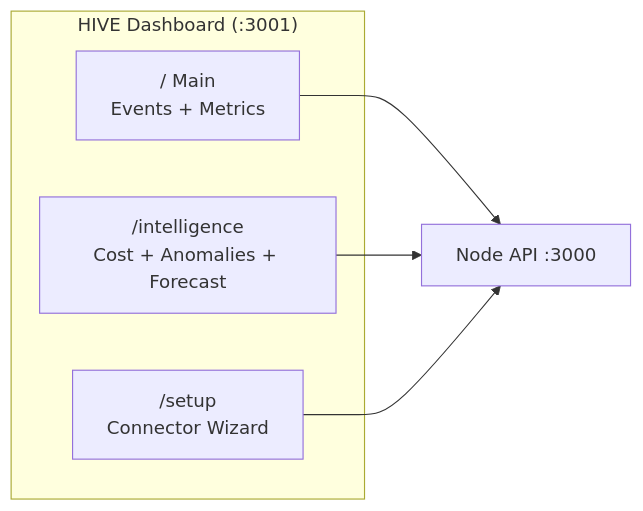
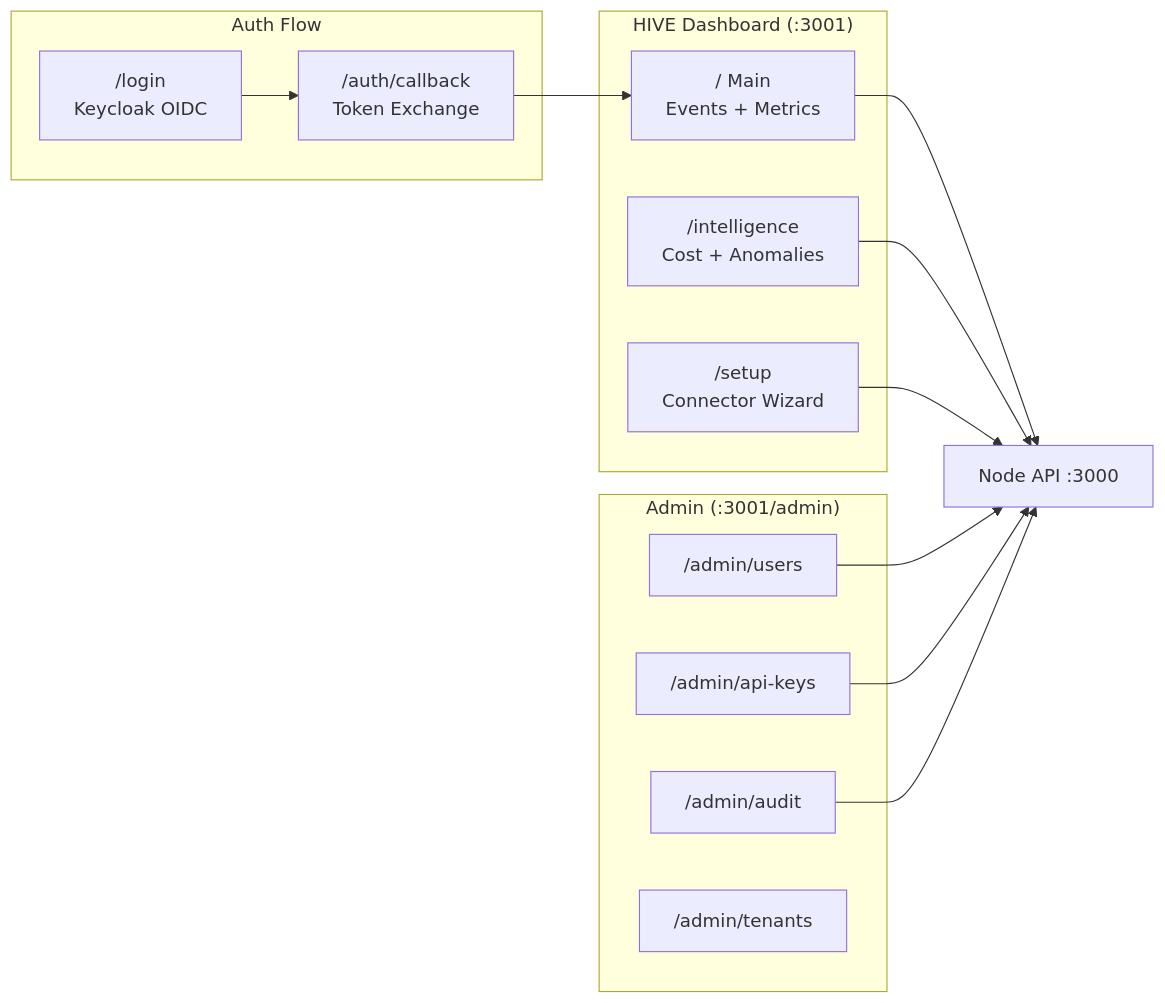
The fifth of 11 diagrams in QUICKSTART.md (vishalm/hivehq), drawn with Mermaid before and after one commit. The commit also changed other lines of this file and 1 other file, not shown here.

````diff
--- a/QUICKSTART.md
+++ b/QUICKSTART.md
@@ -332,12 +453,28 @@
 ```mermaid
 graph LR
+    subgraph Auth ["Auth Flow"]
+        L["/login<br/>Keycloak OIDC"]
+        CB["/auth/callback<br/>Token Exchange"]
+    end
+
     subgraph Dashboard ["HIVE Dashboard (:3001)"]
         M["/ Main<br/>Events + Metrics"]
-        I["/intelligence<br/>Cost + Anomalies + Forecast"]
+        I["/intelligence<br/>Cost + Anomalies"]
         S["/setup<br/>Connector Wizard"]
     end
 
+    subgraph Admin ["Admin (:3001/admin)"]
+        U["/admin/users"]
+        K["/admin/api-keys"]
+        A["/admin/audit"]
+        T["/admin/tenants"]
+    end
+
+    L --> CB --> M
     M --> NS["Node API :3000"]
     I --> NS
     S --> NS
+    U --> NS
+    K --> NS
+    A --> NS
 ```
````
